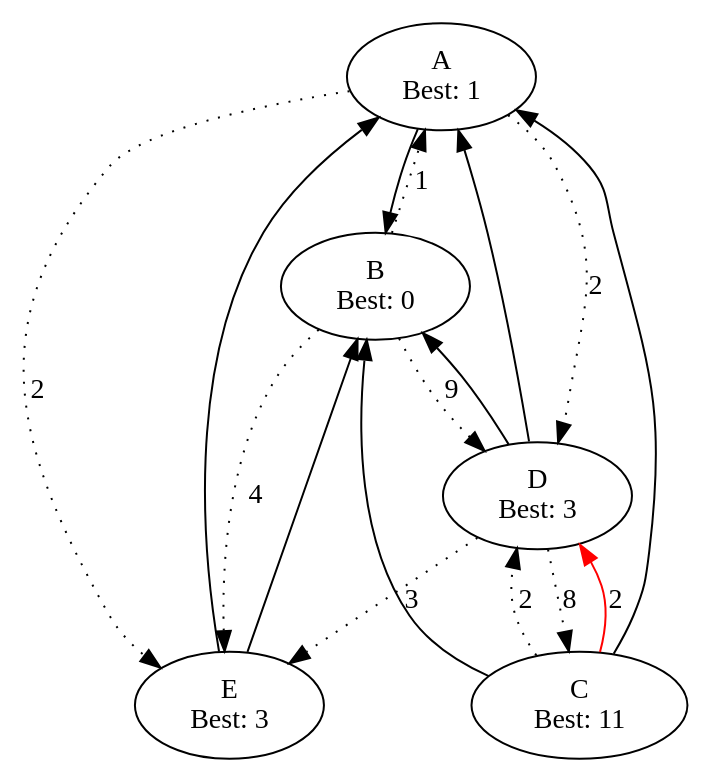
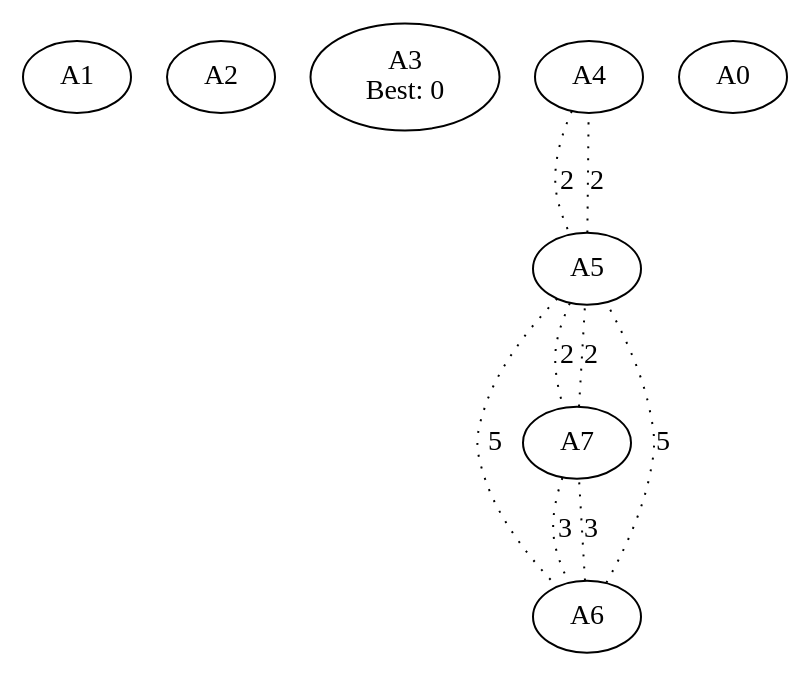
The diagram in bin/solution.dot (bankent1/CS345-Proj05), drawn with Graphviz before and after one commit. The commit also changed 6 other files, not shown here.

```diff
--- a/bin/solution.dot
+++ b/bin/solution.dot
@@ -1,23 +1,18 @@
-digraph {
-A[label="A\nBest: 1"];
-A -> B
-A -> D[label="2"style=dotted];
-A -> E[label="2"style=dotted];
-B[label="B\nBest: 0"];
-B -> A[label="1"style=dotted];
-B -> D[label="9"style=dotted];
-B -> E[label="4"style=dotted];
-C[label="C\nBest: 11"];
-C -> B
-C -> A
-C -> D[label="2"color=red];
-C -> D[label="2"style=dotted];
-D[label="D\nBest: 3"];
-D -> B
-D -> A
-D -> C[label="8"style=dotted];
-D -> E[label="3"style=dotted];
-E[label="E\nBest: 3"];
-E -> B
-E -> A
+graph {
+A1[label="A1"];
+A2[label="A2"];
+A3[label="A3\nBest: 0"];
+A4[label="A4"];
+A4 -- A5[label="2"style=dotted];
+A5[label="A5"];
+A5 -- A4[label="2"style=dotted];
+A5 -- A6[label="5"style=dotted];
+A5 -- A7[label="2"style=dotted];
+A6[label="A6"];
+A6 -- A5[label="5"style=dotted];
+A6 -- A7[label="3"style=dotted];
+A7[label="A7"];
+A7 -- A5[label="2"style=dotted];
+A7 -- A6[label="3"style=dotted];
+A0[label="A0"];
 }
```
